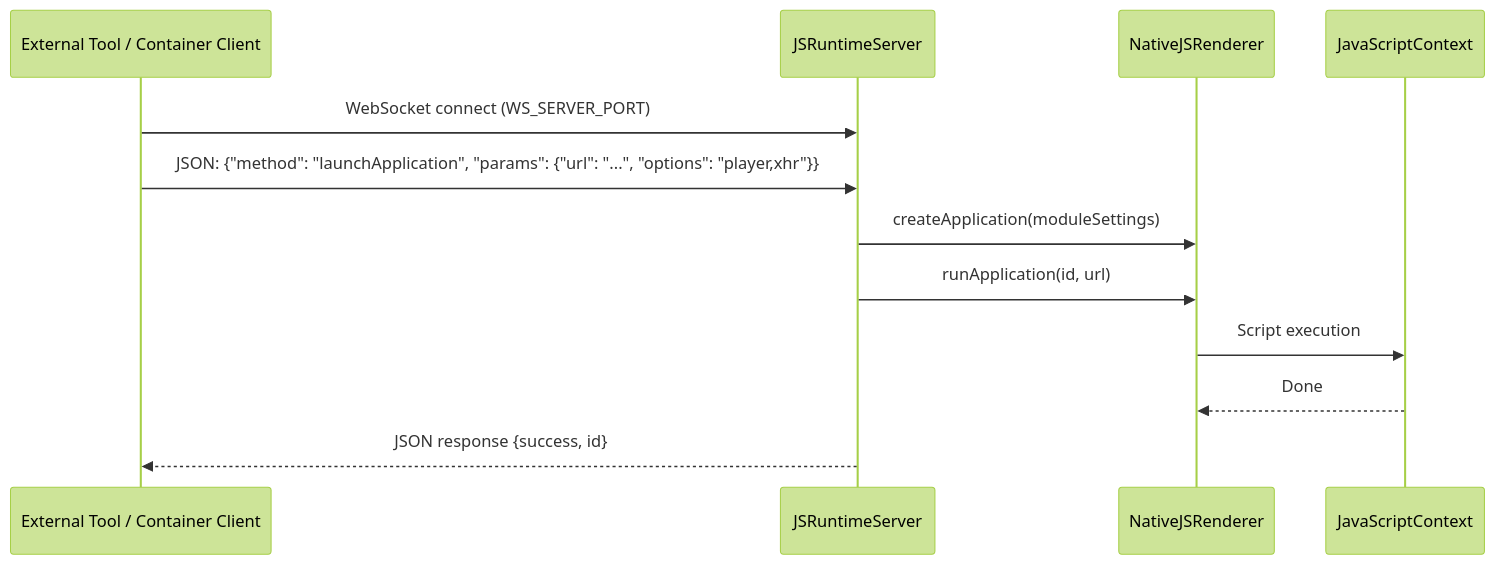
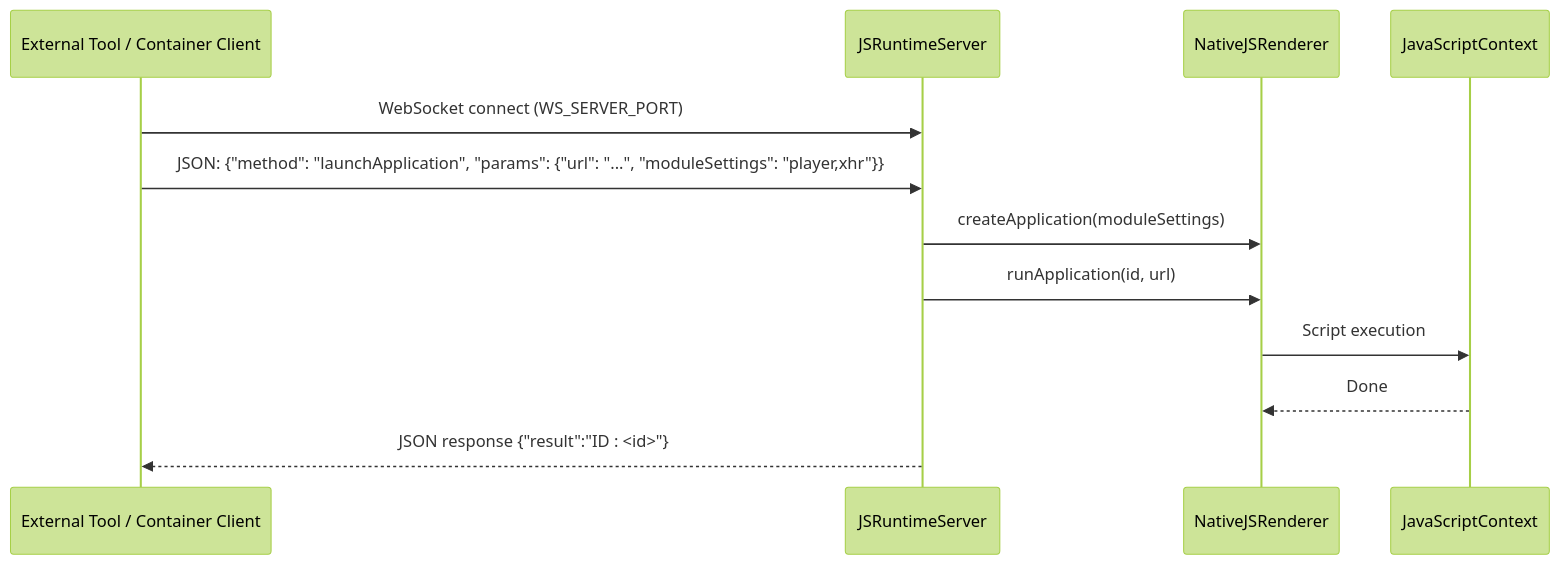
Before and after one commit to rdkcentral/rdkNativeScript: the sixth of 6 diagrams in docs/README.md, drawn with Mermaid (forest theme). The commit also changed other lines of this file, not shown here.

````diff
--- a/docs/README.md
+++ b/docs/README.md
@@ -307,15 +307,15 @@
 ```mermaid
 sequenceDiagram
     participant ExtTool as External Tool / Container Client
     participant SRV as JSRuntimeServer
     participant NR as NativeJSRenderer
     participant CTX as JavaScriptContext
 
     ExtTool->>SRV: WebSocket connect (WS_SERVER_PORT)
-    ExtTool->>SRV: JSON: {"method": "launchApplication", "params": {"url": "...", "options": "player,xhr"}}
+    ExtTool->>SRV: JSON: {"method": "launchApplication", "params": {"url": "...", "moduleSettings": "player,xhr"}}
     SRV->>NR: createApplication(moduleSettings)
     SRV->>NR: runApplication(id, url)
     NR->>CTX: Script execution
     CTX-->>NR: Done
-    SRV-->>ExtTool: JSON response {success, id}
+    SRV-->>ExtTool: JSON response {"result":"ID : <id>"}
 ```
````
